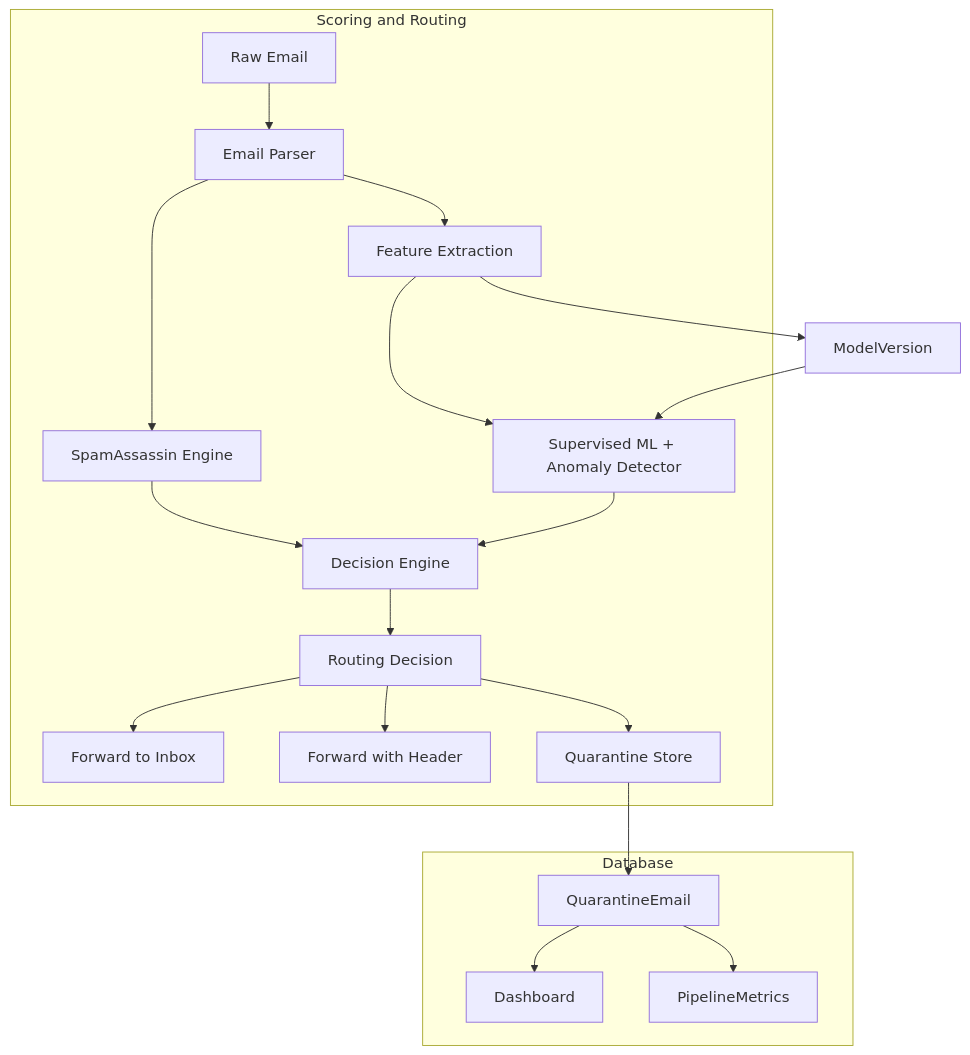
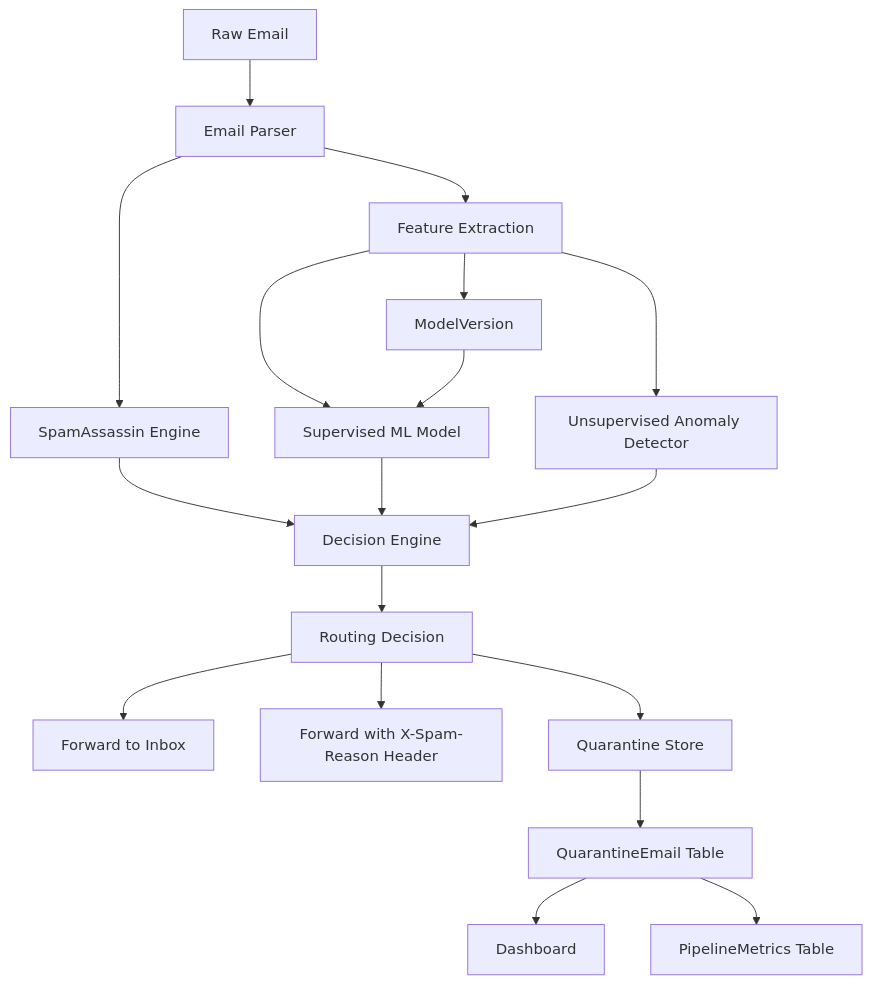
Before and after one commit to wi5nuu/ML-Powered-Anti-Phishing-and-Spam-Filtering: the fourth of 5 diagrams in DATABASE_AND_PROCESS_FLOWS.md, drawn with Mermaid. The commit also changed other lines of this file, not shown here.

Commit message:
Refine database/process flow documentation and complete ERD/DFD details

````diff
--- a/DATABASE_AND_PROCESS_FLOWS.md
+++ b/DATABASE_AND_PROCESS_FLOWS.md
@@ -186,24 +223,23 @@
 ```mermaid
 flowchart TD
-    subgraph ScoreAndRoute[Scoring and Routing]
-        RAW[Raw Email] --> PARSER[Email Parser]
-        PARSER --> SA[SpamAssassin Engine]
-        PARSER --> FEATURE[Feature Extraction]
-        FEATURE --> ML[Supervised ML + Anomaly Detector]
-        SA --> DE[Decision Engine]
-        ML --> DE
-        DE --> ROUTE[Routing Decision]
-        ROUTE --> CLEAN[Forward to Inbox]
-        ROUTE --> WARN[Forward with Header]
-        ROUTE --> QUAR[Quarantine Store]
-    end
+    RAW[Raw Email] --> PARSER[Email Parser]
+    PARSER --> SA[SpamAssassin Engine]
+    PARSER --> FEATURE[Feature Extraction]
+    FEATURE --> ML[Supervised ML Model]
+    FEATURE --> UNSUPER[Unsupervised Anomaly Detector]
+    SA --> DE[Decision Engine]
+    ML --> DE
+    UNSUPER --> DE
+    DE --> ROUTE[Routing Decision]
 
-    subgraph Storage[Database]
-        QUAR --> DBQ[QuarantineEmail]
-        DBQ --> DASH[Dashboard]
-        DBQ --> METRICS[PipelineMetrics]
-    end
+    ROUTE --> CLEAN[Forward to Inbox]
+    ROUTE --> WARN[Forward with X-Spam-Reason Header]
+    ROUTE --> QUAR[Quarantine Store]
 
-    FEATURE --> DBM[ModelVersion]
-    DBM --> ML
+    QUAR --> DBQ[QuarantineEmail Table]
+    DBQ --> DASH[Dashboard]
+    DBQ --> METRICS[PipelineMetrics Table]
+
+    FEATURE --> MODEL[ModelVersion]
+    MODEL --> ML
 ```
````
